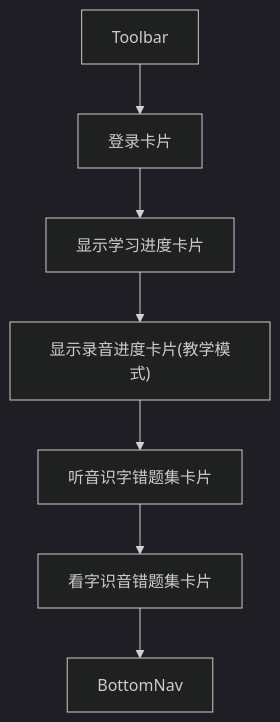
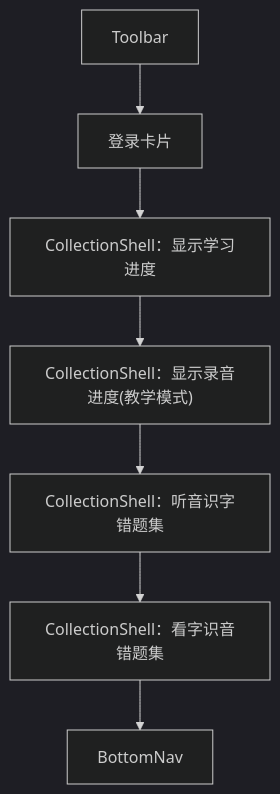
One commit to runmu123/shizi changed the sixth of 12 diagrams in project.md. Above: the diagram before and after it, drawn with Mermaid (dark theme). The commit also changed other lines of this file and 20 other files, not shown here.

````diff
--- a/project.md
+++ b/project.md
@@ -307,9 +322,9 @@
 ```mermaid
 flowchart TB
     A["Toolbar"] --> B["登录卡片"]
-    B --> C["显示学习进度卡片"]
-    C --> D["显示录音进度卡片(教学模式)"]
-    D --> E["听音识字错题集卡片"]
-    E --> F["看字识音错题集卡片"]
+    B --> C["CollectionShell：显示学习进度"]
+    C --> D["CollectionShell：显示录音进度(教学模式)"]
+    D --> E["CollectionShell：听音识字错题集"]
+    E --> F["CollectionShell：看字识音错题集"]
     F --> G["BottomNav"]
 ```
````
